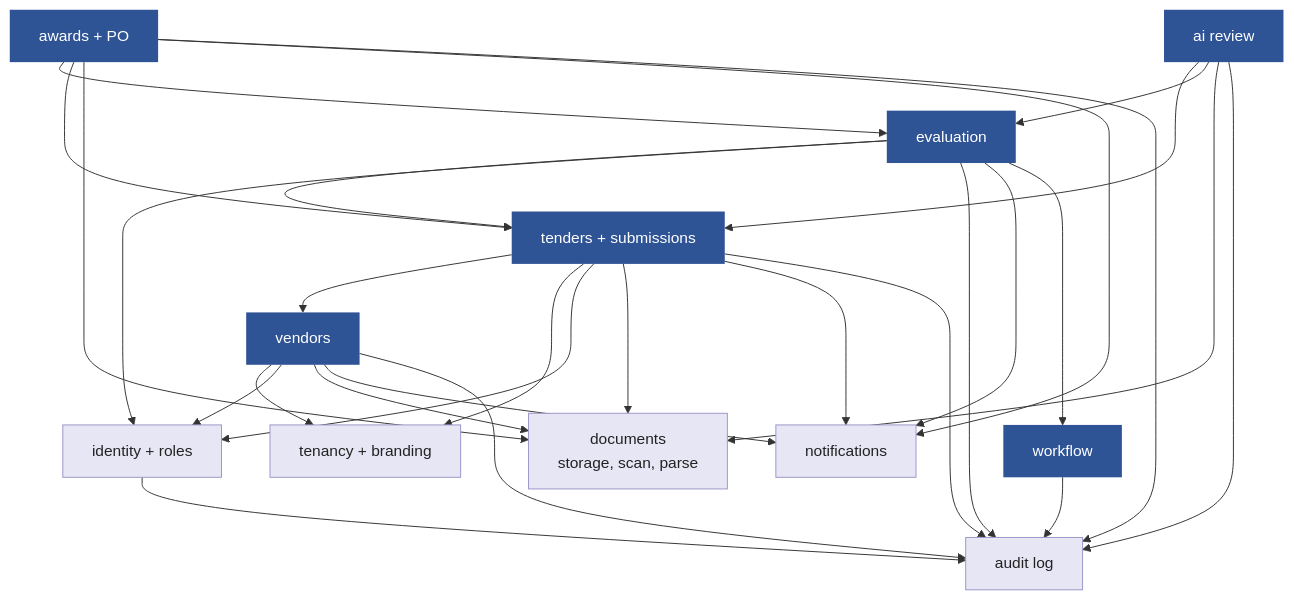
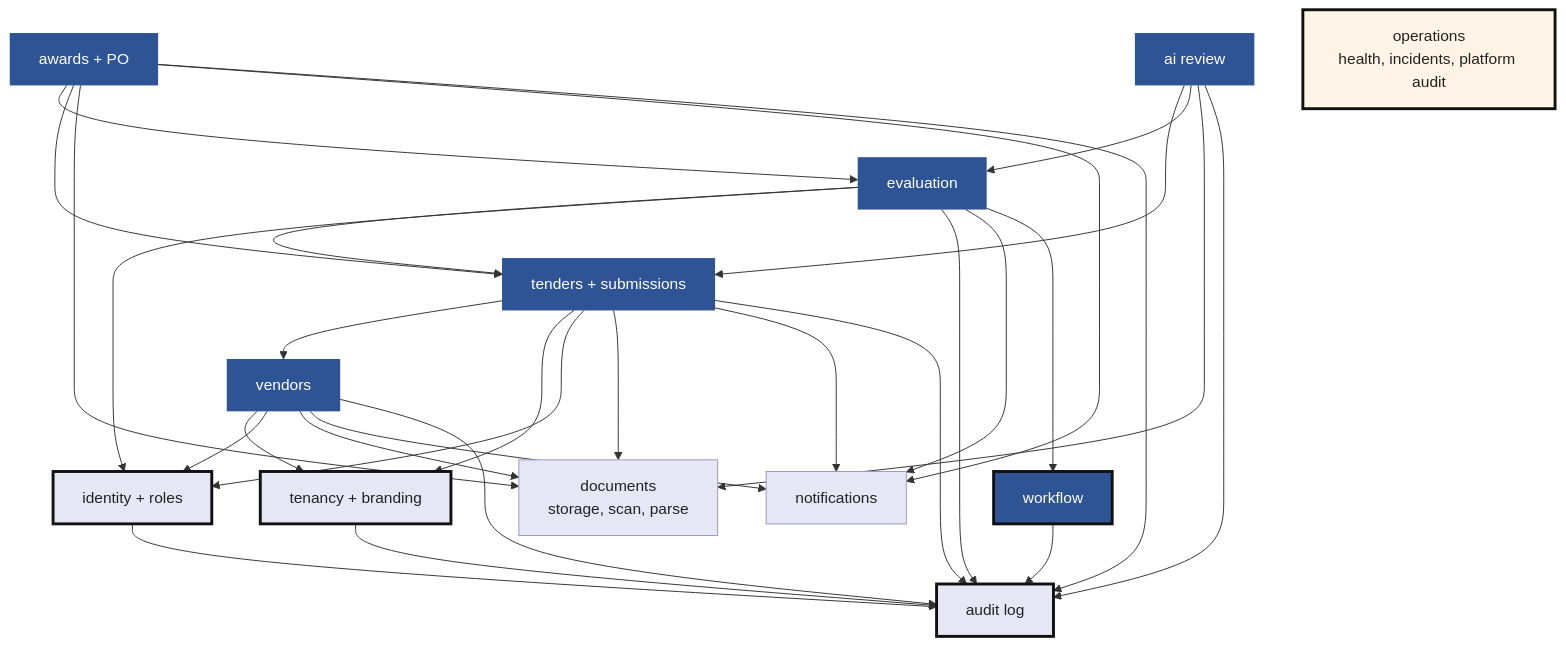
Before and after one commit to AhmedAssaf/ERP: the ninth of 13 diagrams in docs/03-diagrams.md, drawn with Mermaid. The commit also changed other lines of this file and 10 other files, not shown here.

````diff
--- a/docs/03-diagrams.md
+++ b/docs/03-diagrams.md
@@ -369,27 +369,32 @@
 ```mermaid
 flowchart TB
     classDef core fill:#2F5496,color:#fff,stroke:none
     classDef shared fill:#E7E6F5,color:#222,stroke:#9B96C9
+    classDef platform fill:#FFF4E5,color:#222,stroke:#C77700
+    classDef built stroke:#111,stroke-width:3px
 
     TEN[tenancy + branding]:::shared
     IDN[identity + roles]:::shared
     DOC[documents<br/>storage, scan, parse]:::shared
     NOT[notifications]:::shared
     AUD[audit log]:::shared
 
     VEN[vendors]:::core
     TDR[tenders + submissions]:::core
     EVA[evaluation]:::core
     AWD[awards + PO]:::core
     AI[ai review]:::core
     WF[workflow]:::core
+    OPS[operations<br/>health, incidents, platform audit]:::platform
 
     VEN --> TEN & IDN & DOC & NOT & AUD
     TDR --> VEN & TEN & IDN & DOC & NOT & AUD
     EVA --> TDR & IDN & AUD & NOT
     EVA --> WF
     AWD --> EVA & TDR & DOC & NOT & AUD
     AI --> TDR & EVA & DOC & AUD
     WF --> AUD
     IDN --> AUD
+    TEN --> AUD
+    class TEN,IDN,AUD,WF,OPS built
 ```
````
